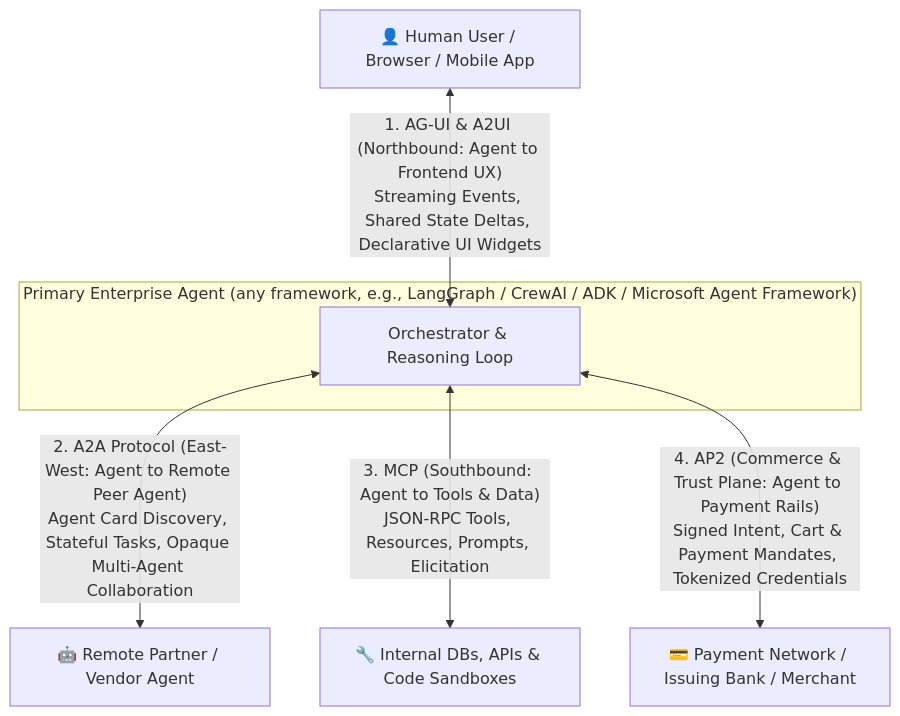
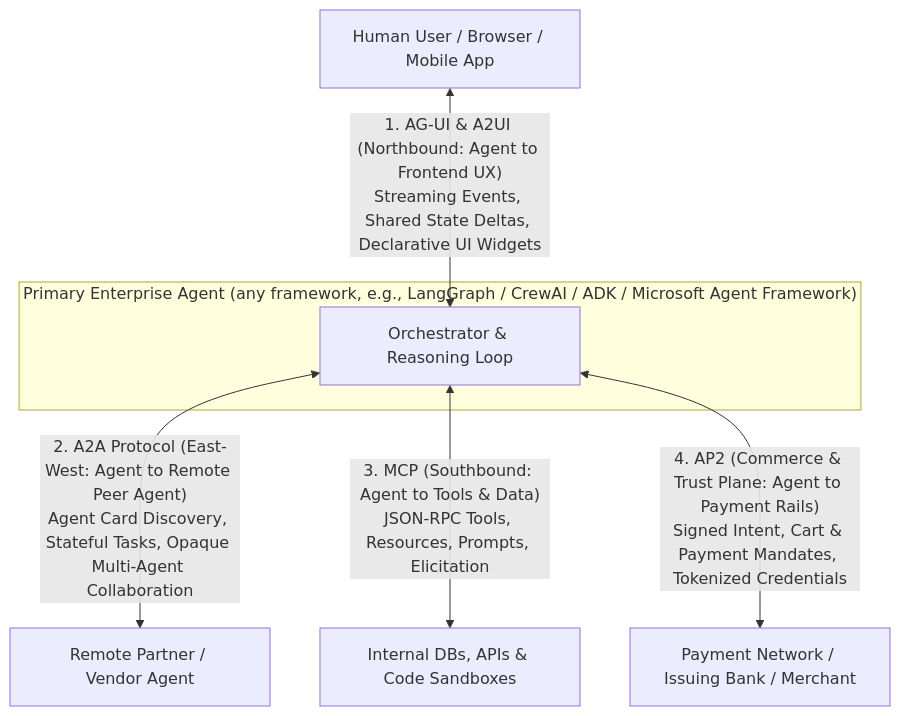
The third of 3 diagrams in chapter-15-agent-to-frontend-ux-and-commerce-protocols.md (Rajdipc/agentic-ai-orchestration-patterns), drawn with Mermaid before and after one commit. The commit also changed other lines of this file and 23 other files, not shown here.

````diff
--- a/chapter-15-agent-to-frontend-ux-and-commerce-protocols.md
+++ b/chapter-15-agent-to-frontend-ux-and-commerce-protocols.md
@@ -165,13 +170,13 @@
 ```mermaid
 flowchart TD
-    Human["👤 Human User / Browser / Mobile App"]
+    Human["Human User / Browser / Mobile App"]
 
     subgraph Orch["Primary Enterprise Agent (any framework, e.g., LangGraph / CrewAI / ADK / Microsoft Agent Framework)"]
         Core["Orchestrator & Reasoning Loop"]
     end
 
     Human <-->|"1. AG-UI & A2UI (Northbound: Agent to Frontend UX)<br/>Streaming Events, Shared State Deltas, Declarative UI Widgets"| Core
-    Core <-->|"2. A2A Protocol (East-West: Agent to Remote Peer Agent)<br/>Agent Card Discovery, Stateful Tasks, Opaque Multi-Agent Collaboration"| Peer["🤖 Remote Partner / Vendor Agent"]
-    Core <-->|"3. MCP (Southbound: Agent to Tools & Data)<br/>JSON-RPC Tools, Resources, Prompts, Elicitation"| Tools["🔧 Internal DBs, APIs & Code Sandboxes"]
-    Core <-->|"4. AP2 (Commerce & Trust Plane: Agent to Payment Rails)<br/>Signed Intent, Cart & Payment Mandates, Tokenized Credentials"| Pay["💳 Payment Network / Issuing Bank / Merchant"]
+    Core <-->|"2. A2A Protocol (East-West: Agent to Remote Peer Agent)<br/>Agent Card Discovery, Stateful Tasks, Opaque Multi-Agent Collaboration"| Peer["Remote Partner / Vendor Agent"]
+    Core <-->|"3. MCP (Southbound: Agent to Tools & Data)<br/>JSON-RPC Tools, Resources, Prompts, Elicitation"| Tools["Internal DBs, APIs & Code Sandboxes"]
+    Core <-->|"4. AP2 (Commerce & Trust Plane: Agent to Payment Rails)<br/>Signed Intent, Cart & Payment Mandates, Tokenized Credentials"| Pay["Payment Network / Issuing Bank / Merchant"]
 ```
````
